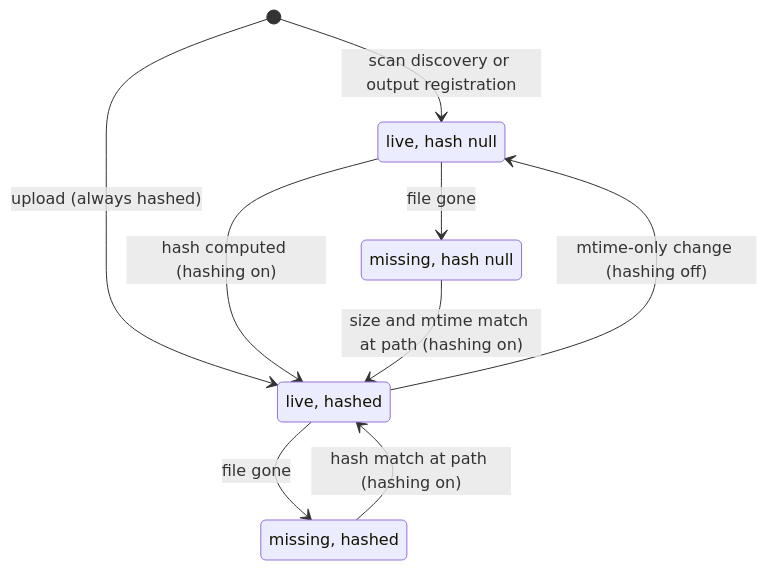
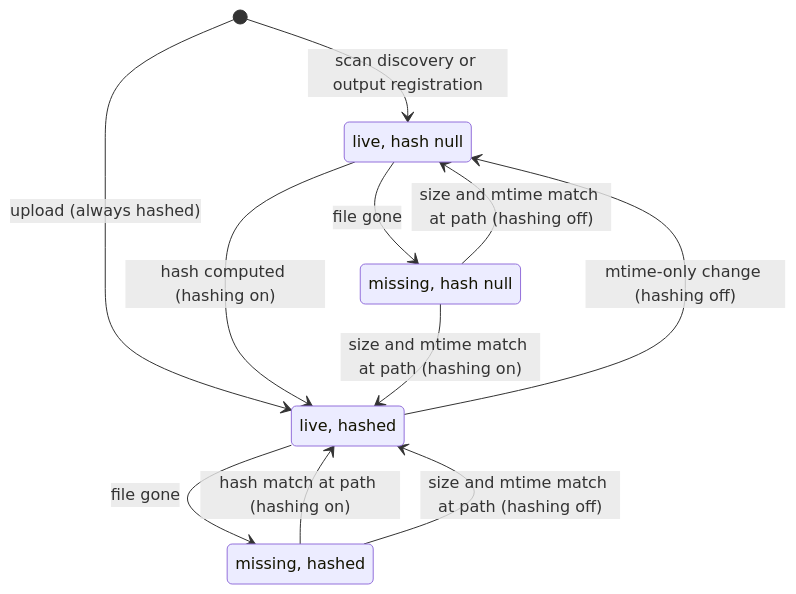
Before and after one commit to Windecay/SimpAI_Studio: the diagram in comfy/app/assets/docs/README.md, drawn with Mermaid. The commit also changed other lines of this file and 205 other files, not shown here.

````diff
--- a/comfy/app/assets/docs/README.md
+++ b/comfy/app/assets/docs/README.md
@@ -35,19 +35,21 @@
 ```mermaid
 stateDiagram-v2
     LiveUnhashed: live, hash null
     LiveHashed: live, hashed
     MissingUnhashed: missing, hash null
     MissingHashed: missing, hashed
 
     [*] --> LiveUnhashed: scan discovery or output registration
     [*] --> LiveHashed: upload (always hashed)
 
     LiveUnhashed --> LiveHashed: hash computed (hashing on)
     LiveHashed --> LiveUnhashed: mtime-only change (hashing off)
 
     LiveUnhashed --> MissingUnhashed: file gone
     LiveHashed --> MissingHashed: file gone
 
     MissingHashed --> LiveHashed: hash match at path (hashing on)
     MissingUnhashed --> LiveHashed: size and mtime match at path (hashing on)
+    MissingHashed --> LiveHashed: size and mtime match at path (hashing off)
+    MissingUnhashed --> LiveUnhashed: size and mtime match at path (hashing off)
 ```
````
